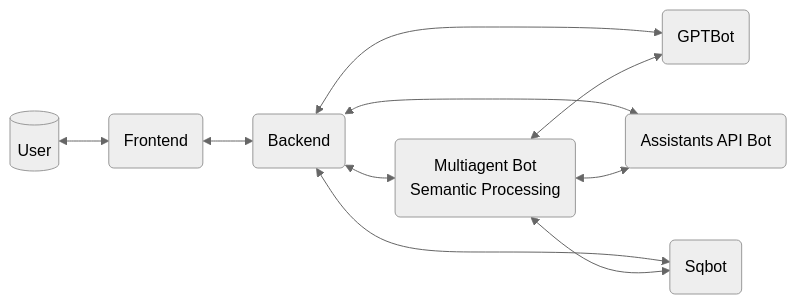
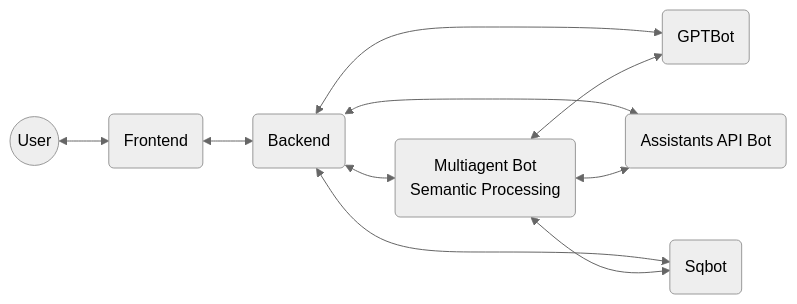
One commit to msalemor/adventureworks-viewer-ai changed the diagram in README.md. Above: the diagram before and after it, drawn with Mermaid (neutral theme).

````diff
--- a/README.md
+++ b/README.md
@@ -7,12 +7,12 @@
 ```mermaid
 graph LR;
-  A[(User)]<-->F(Frontend)
+  A((User))<-->F(Frontend)
   F<-->B(Backend)
   B<-->O(GPTBot)
   B<-->Asst(Assistants API Bot)
   B<-->SQL(Sqbot)
   B<-->M(Multiagent Bot<br/>Semantic Processing)
   M<-->O
   M<-->SQL
   M<-->Asst
 ```
````
